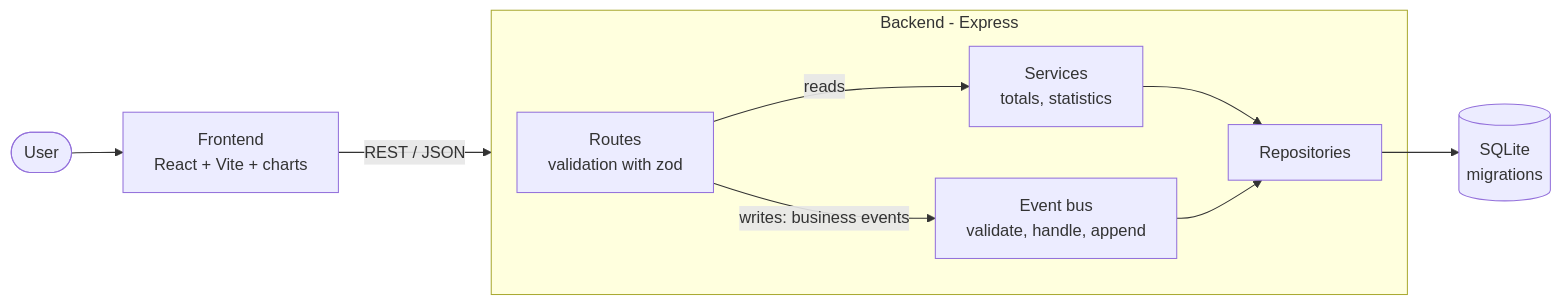
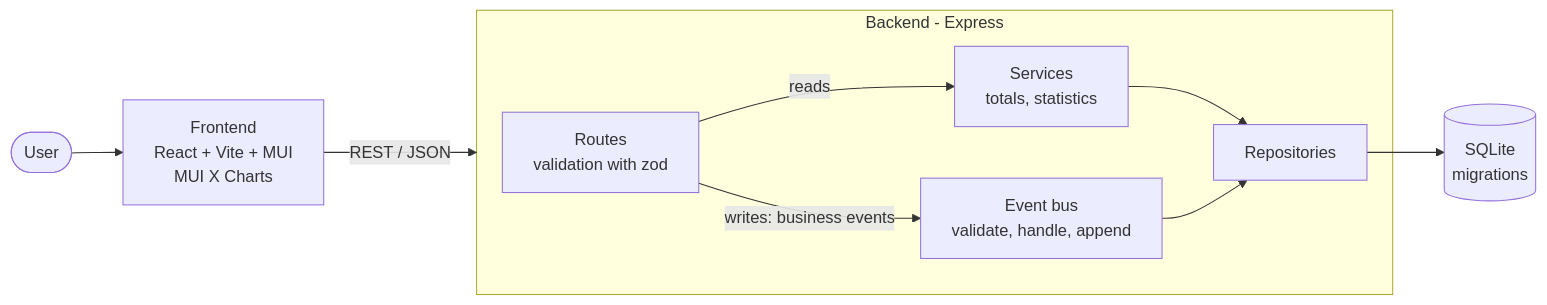
Before and after one commit to heldertheking/expensetracker: the diagram in docs/architecture.md, drawn with Mermaid. The commit also changed other lines of this file and 3 other files, not shown here.

Commit message:
Describe the MUI and MUI X Charts decision in ADR 0013

````diff
--- a/docs/architecture.md
+++ b/docs/architecture.md
@@ -3,14 +3,14 @@
 ```mermaid
 flowchart LR
-    User([User]) --> FE[Frontend<br/>React + Vite + charts]
+    User([User]) --> FE[Frontend<br/>React + Vite + MUI<br/>MUI X Charts]
     FE -- REST / JSON --> BE
 
     subgraph BE[Backend - Express]
         R[Routes<br/>validation with zod] -- reads --> S[Services<br/>totals, statistics]
         R -- writes: business events --> E[Event bus<br/>validate, handle, append]
         S --> Repo[Repositories]
         E --> Repo
     end
 
     Repo --> DB[(SQLite<br/>migrations)]
 ```
````
